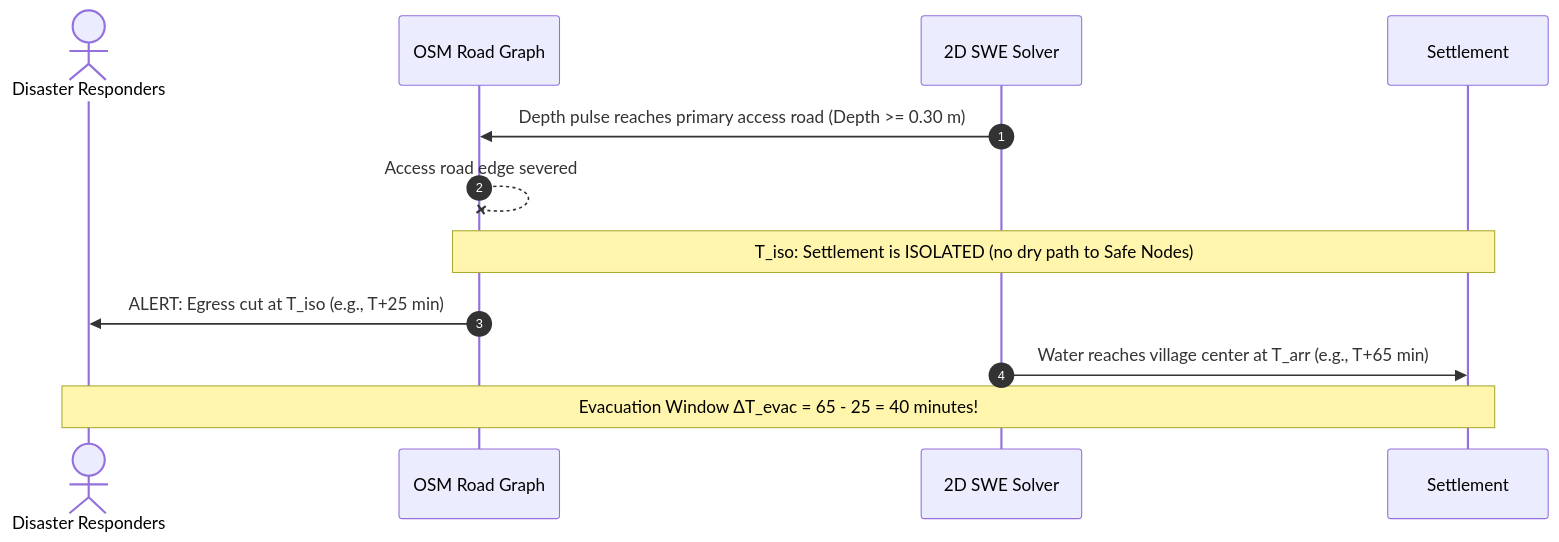
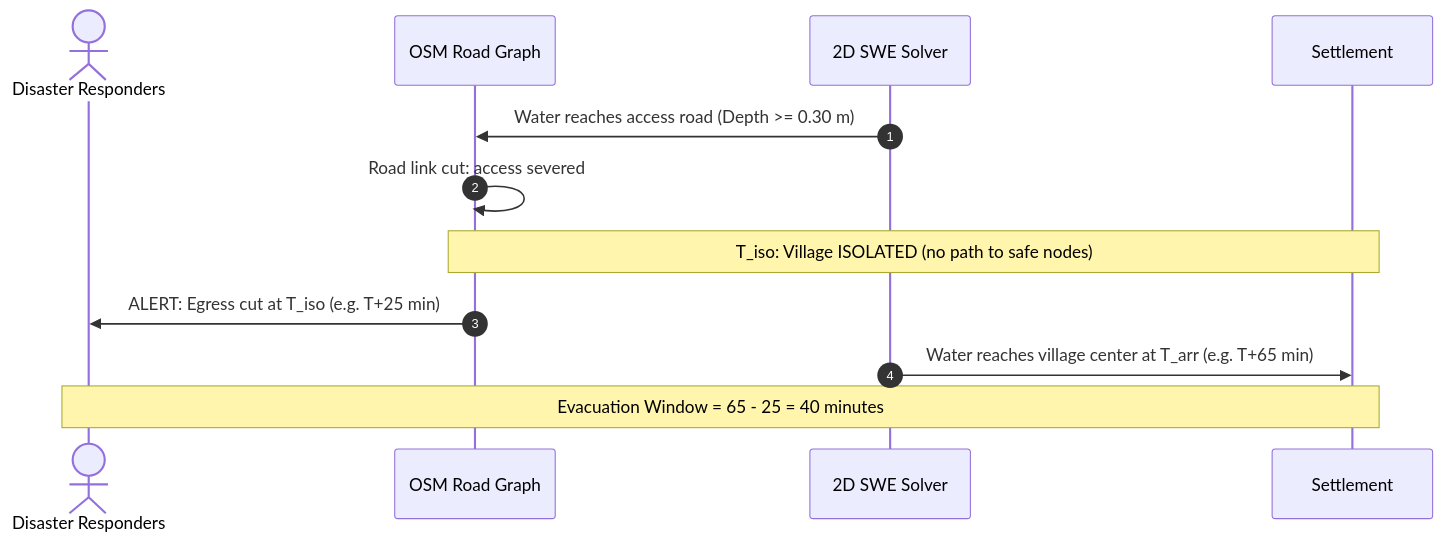
Before and after one commit to YayaBud/floodsight: the third of 3 diagrams in README.md, drawn with Mermaid. The commit also changed other lines of this file, not shown here.

Commit message:
docs: fix Mermaid diagram syntax in README for GitHub rendering

````diff
--- a/README.md
+++ b/README.md
@@ -162,15 +162,15 @@
 ```mermaid
 sequenceDiagram
     autonumber
     actor Responders as Disaster Responders
     participant RoadNet as OSM Road Graph
     participant Solver as 2D SWE Solver
     participant Village as Settlement
     
-    Solver->>RoadNet: Depth pulse reaches primary access road (Depth >= 0.30 m)
-    RoadNet--xRoadNet: Access road edge severed
-    Note over RoadNet,Village: T_iso: Settlement is ISOLATED (no dry path to Safe Nodes)
-    RoadNet->>Responders: ALERT: Egress cut at T_iso (e.g., T+25 min)
-    Solver->>Village: Water reaches village center at T_arr (e.g., T+65 min)
-    Note over Village,Responders: Evacuation Window ΔT_evac = 65 - 25 = 40 minutes!
+    Solver->>RoadNet: Water reaches access road (Depth >= 0.30 m)
+    RoadNet->>RoadNet: Road link cut: access severed
+    Note over RoadNet,Village: T_iso: Village ISOLATED (no path to safe nodes)
+    RoadNet->>Responders: ALERT: Egress cut at T_iso (e.g. T+25 min)
+    Solver->>Village: Water reaches village center at T_arr (e.g. T+65 min)
+    Note over Village,Responders: Evacuation Window = 65 - 25 = 40 minutes
 ```
````
